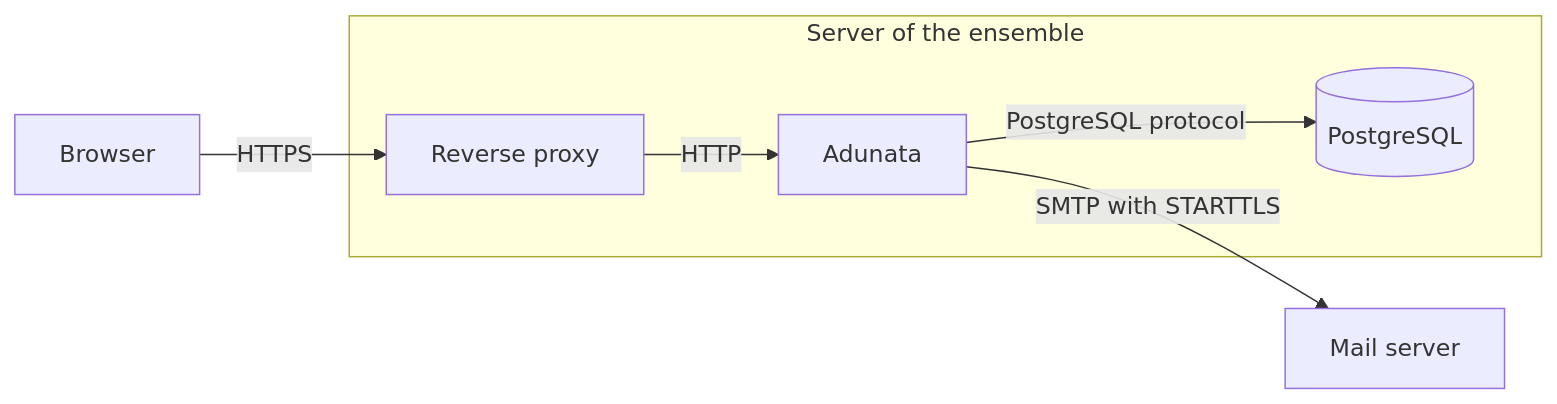
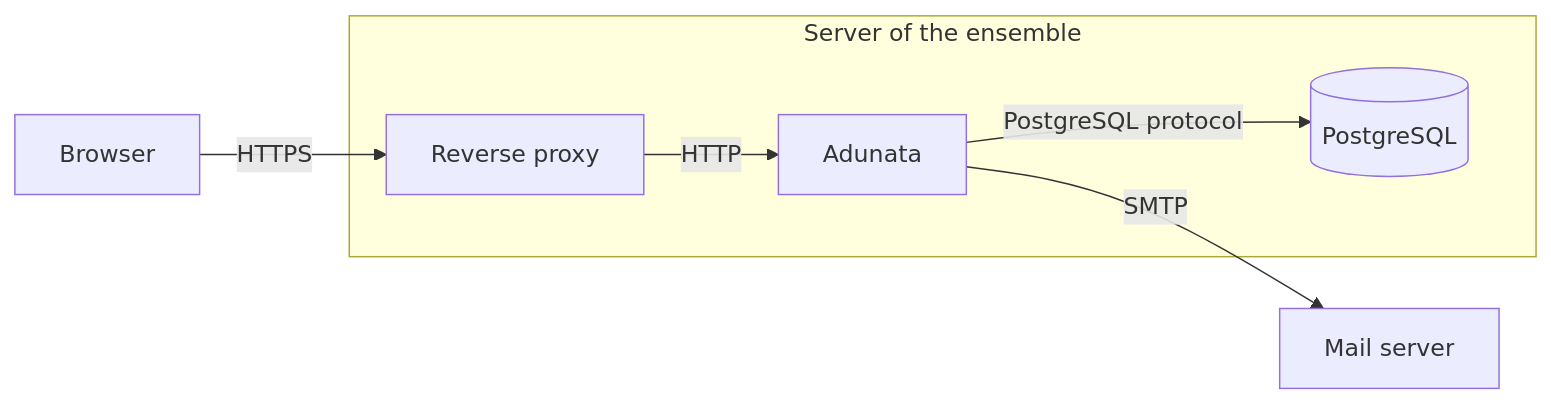
The diagram in docs/arc42/07-deployment-view.md (kammerchor-wernigerode/adunata), drawn with Mermaid before and after one commit. The commit also changed other lines of this file and 8 other files, not shown here.

First line of the commit message:
Restructure architecture documentation

````diff
--- a/docs/arc42/07-deployment-view.md
+++ b/docs/arc42/07-deployment-view.md
@@ -5,9 +5,9 @@
 ```mermaid
 flowchart LR
   browser[Browser] -- HTTPS --> proxy[Reverse proxy]
   subgraph host[Server of the ensemble]
     proxy -- HTTP --> adunata[Adunata]
     adunata -- PostgreSQL protocol --> postgres[(PostgreSQL)]
   end
-  adunata -- SMTP with STARTTLS --> mail[Mail server]
+  adunata -- SMTP --> mail[Mail server]
 ```
````
